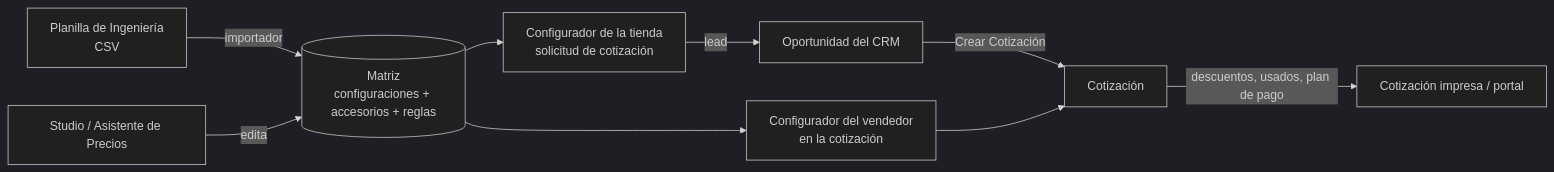
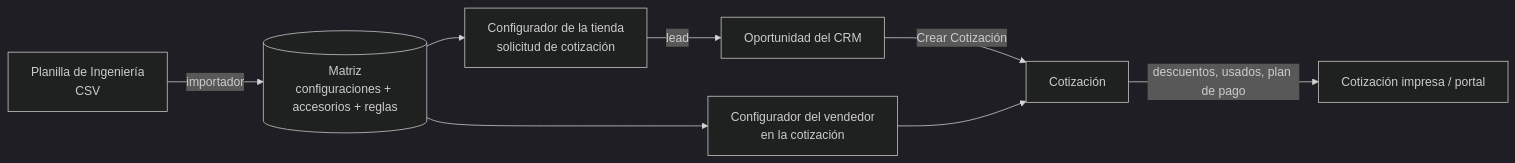
One commit to ffunes-cru/cotizador changed the diagram in docs/conceptos.md. Above: the diagram before and after it, drawn with Mermaid (dark theme). The commit also changed other lines of this file and 28 other files, not shown here.

````diff
--- a/docs/conceptos.md
+++ b/docs/conceptos.md
@@ -10,11 +10,10 @@
 ```mermaid
 flowchart LR
     CSV[Planilla de Ingeniería<br/>CSV] -- importador --> M[(Matriz<br/>configuraciones + accesorios + reglas)]
-    ST[Studio / Asistente de Precios] -- edita --> M
     M --> C[Configurador del vendedor<br/>en la cotización]
     M --> W[Configurador de la tienda<br/>solicitud de cotización]
     W -- lead --> CRM[Oportunidad del CRM]
     CRM -- Crear Cotización --> Q[Cotización]
     C --> Q
     Q -- descuentos, usados, plan de pago --> PDF[Cotización impresa / portal]
 ```
````
